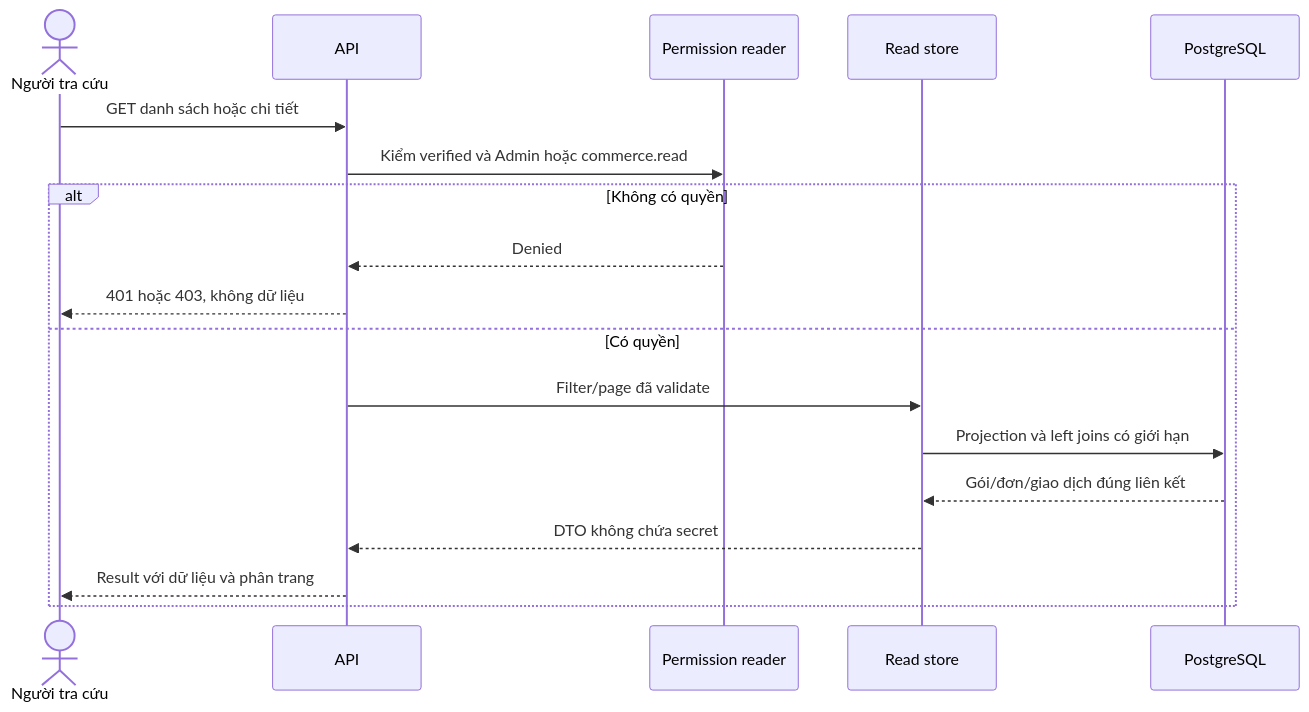
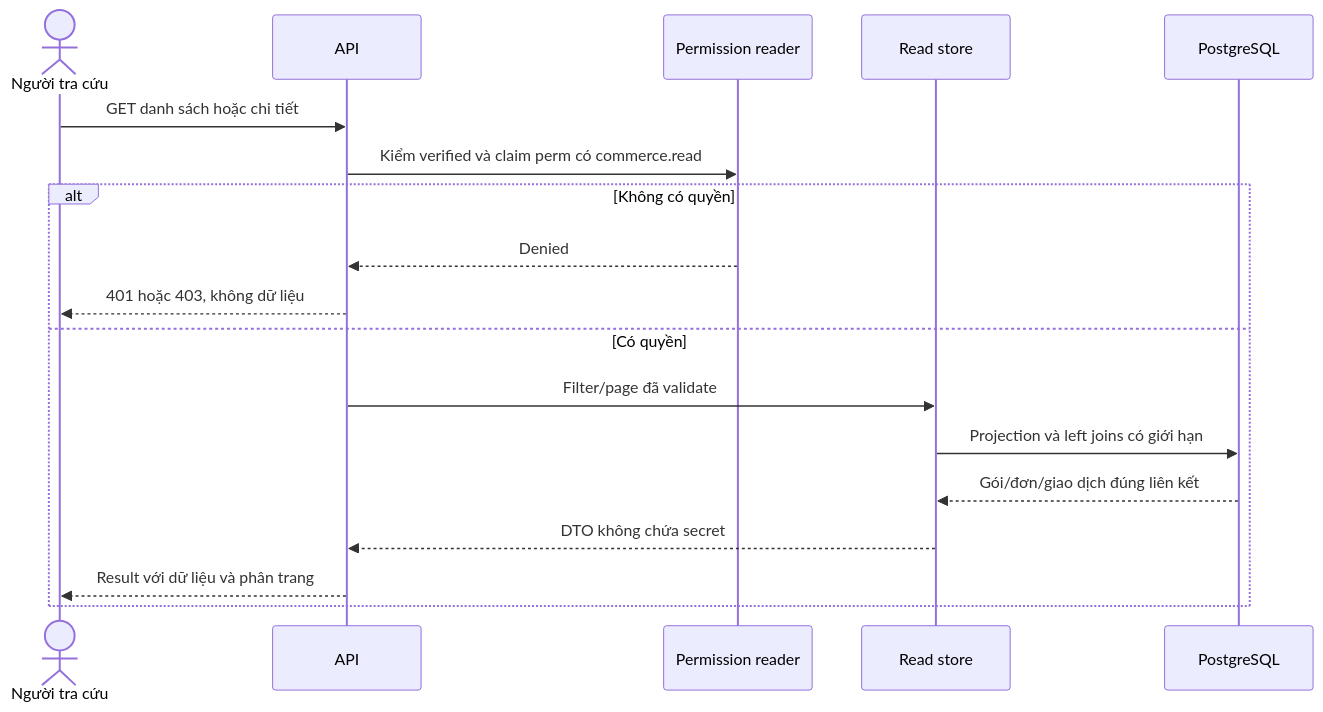
The second of 5 diagrams in tdd/TDD-PAY-002.md (TaskCoper/bmt-documentation), drawn with Mermaid before and after one commit. The commit also changed other lines of this file and 19 other files, not shown here.

````diff
--- a/tdd/TDD-PAY-002.md
+++ b/tdd/TDD-PAY-002.md
@@ -119,20 +119,20 @@
 ```mermaid
 sequenceDiagram
     actor U as Người tra cứu
     participant A as API
     participant P as Permission reader
     participant Q as Read store
     participant D as PostgreSQL
     U->>A: GET danh sách hoặc chi tiết
-    A->>P: Kiểm verified và Admin hoặc commerce.read
+    A->>P: Kiểm verified và claim perm có commerce.read
     alt Không có quyền
       P-->>A: Denied
       A-->>U: 401 hoặc 403, không dữ liệu
     else Có quyền
       A->>Q: Filter/page đã validate
       Q->>D: Projection và left joins có giới hạn
       D-->>Q: Gói/đơn/giao dịch đúng liên kết
       Q-->>A: DTO không chứa secret
       A-->>U: Result với dữ liệu và phân trang
     end
 ```
````
